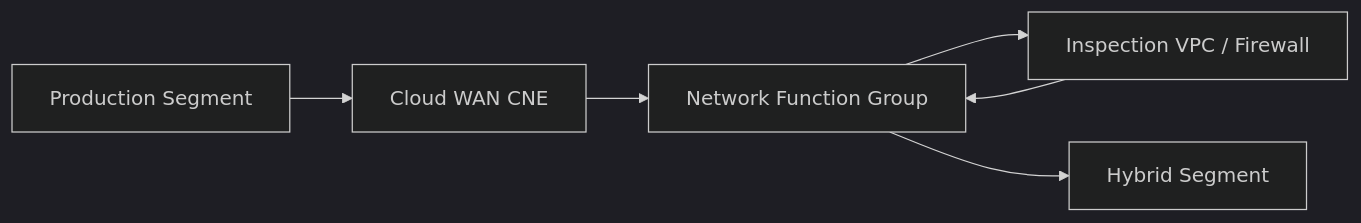
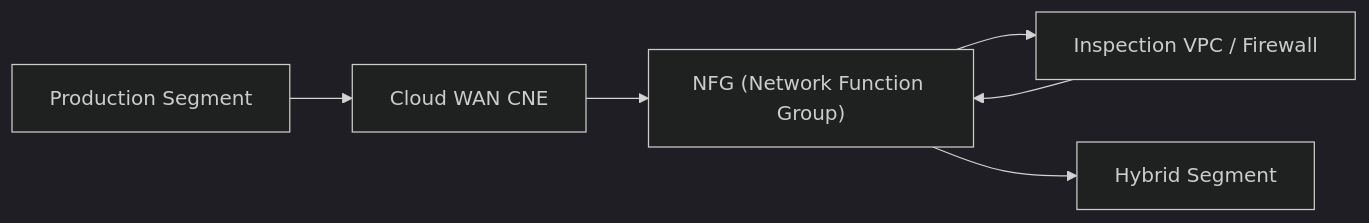
Before and after one commit to ccaiccie/knowledge: the seventh of 9 diagrams in 09-05-26-09-57_AWS_Cloud_WAN_Comprehensive_Study_Guide.md, drawn with Mermaid (dark theme). The commit also changed other lines of this file, not shown here.

````diff
--- a/09-05-26-09-57_AWS_Cloud_WAN_Comprehensive_Study_Guide.md
+++ b/09-05-26-09-57_AWS_Cloud_WAN_Comprehensive_Study_Guide.md
@@ -689,8 +704,8 @@
 ```mermaid
 flowchart LR
     PROD["Production Segment"] --> CNE["Cloud WAN CNE"]
-    CNE --> NFG["Network Function Group"]
-    NFG --> INSPECT["Inspection VPC / Firewall"]
-    INSPECT --> NFG
+    CNE --> NFG["NFG (Network Function Group)"]
+    NFG --> FW["Inspection VPC / Firewall"]
+    FW --> NFG
     NFG --> HYBRID["Hybrid Segment"]
 ```
````
